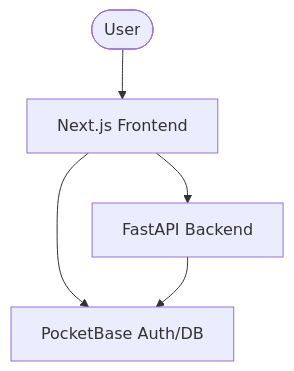
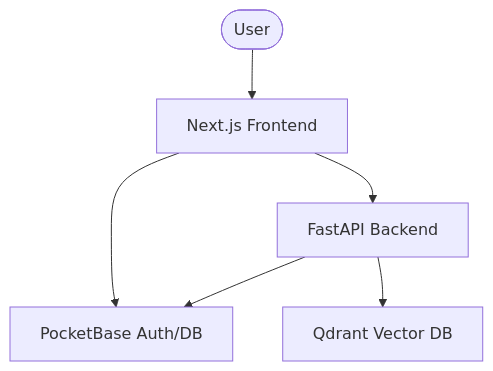
The diagram in DEVELOPER_GUIDE.md (AmirPliev/MyMailAssistant), drawn with Mermaid before and after one commit. The commit also changed other lines of this file and 9 other files, not shown here.

First line of the commit message:
feat(qdrant): integrate qdrant vector database with auto-initialization

````diff
--- a/DEVELOPER_GUIDE.md
+++ b/DEVELOPER_GUIDE.md
@@ -15,7 +16,8 @@
 ```mermaid
 graph TD
     User([User]) --> Frontend[Next.js Frontend]
     Frontend --> PocketBase[PocketBase Auth/DB]
     Frontend --> FastAPI[FastAPI Backend]
     FastAPI --> PocketBase
+    FastAPI --> Qdrant[Qdrant Vector DB]
 ```
````
